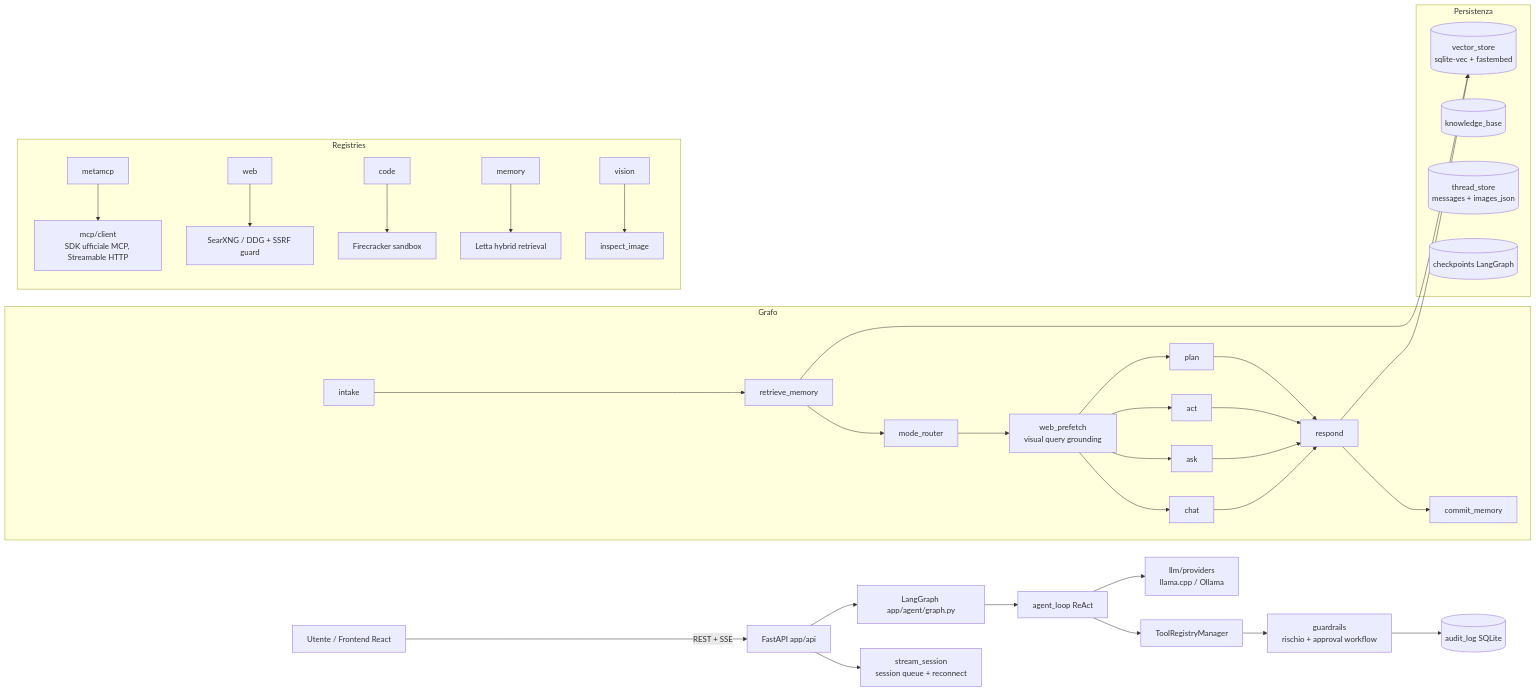
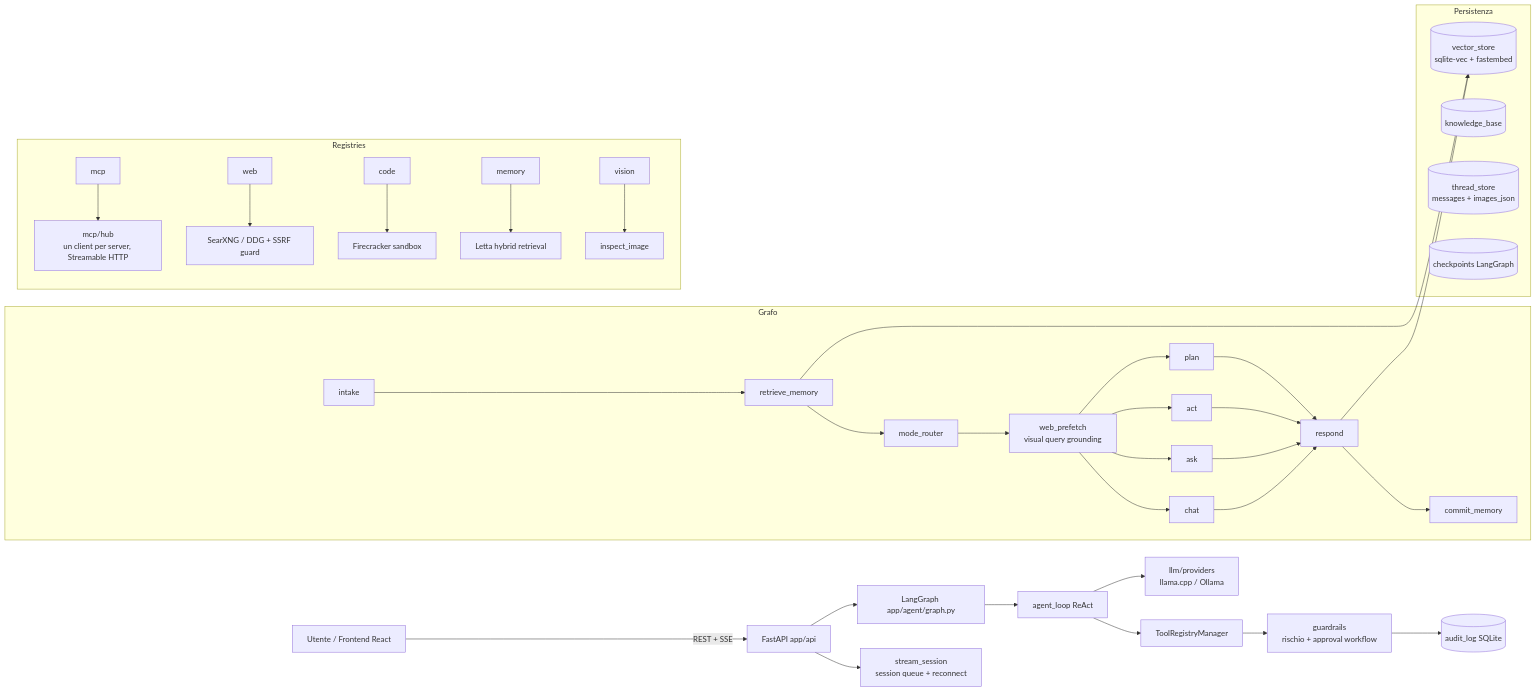
Before and after one commit to DevGiov/homelab-agent: the first of 2 diagrams in backend/README.md, drawn with Mermaid. The commit also changed other lines of this file and 4 other files, not shown here.

````diff
--- a/backend/README.md
+++ b/backend/README.md
@@ -7,38 +7,38 @@
 ```mermaid
 flowchart LR
     U[Utente / Frontend React] -->|REST + SSE| API[FastAPI app/api]
     API --> SS[stream_session<br/>session queue + reconnect]
     API --> G[LangGraph app/agent/graph.py]
 
     subgraph Grafo
         I[intake] --> RM[retrieve_memory] --> MR[mode_router]
         MR --> WP[web_prefetch<br/>visual query grounding]
         WP --> CH[chat] & AK[ask] & AC[act] & PL[plan]
         CH & AK & AC & PL --> RS[respond] --> CM[commit_memory]
     end
 
     G --> AL[agent_loop ReAct]
     AL --> REG[ToolRegistryManager]
 
     subgraph Registries
-        MM[metamcp] --> SDK[mcp/client<br/>SDK ufficiale MCP, Streamable HTTP]
+        MM[mcp] --> HUB[mcp/hub<br/>un client per server, Streamable HTTP]
         WS[web] --> SX[SearXNG / DDG + SSRF guard]
         CE[code] --> FC[Firecracker sandbox]
         ME[memory] --> LT[Letta hybrid retrieval]
         VN[vision] --> VI[inspect_image]
     end
 
     REG --> GR[guardrails<br/>rischio + approval workflow]
     GR --> AUD[(audit_log SQLite)]
 
     subgraph Persistenza
         VEC[(vector_store<br/>sqlite-vec + fastembed)]
         KB[(knowledge_base)]
         TS[(thread_store<br/>messages + images_json)]
         CP[(checkpoints LangGraph)]
     end
 
     AL --> LLM[llm/providers<br/>llama.cpp / Ollama]
     RM --> VEC
     RS --> VEC
 ```
````
